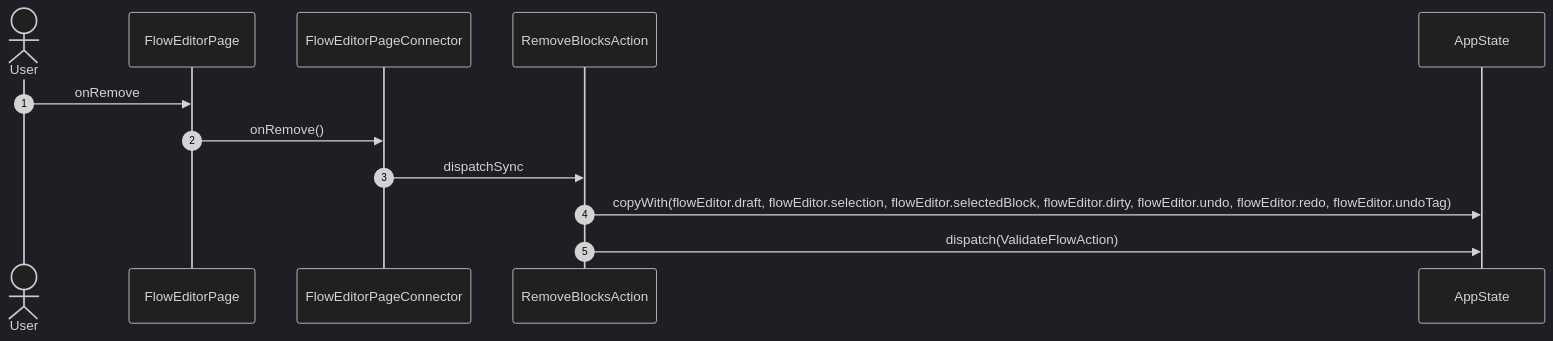
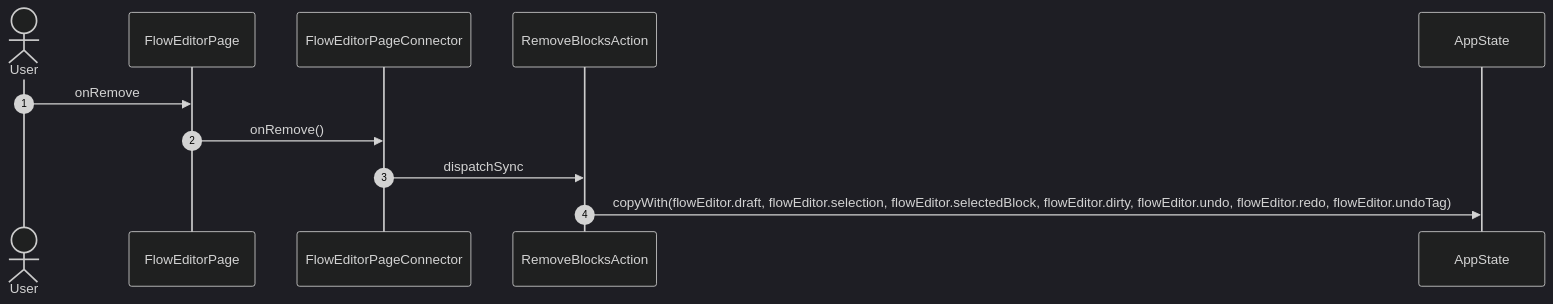
Diagram 39 of 41 in studio/docs/flows/flowEditor.md (gencto/wyrm), drawn with Mermaid (dark theme) before and after one commit. The commit also changed other lines of this file and 52 other files, not shown here.

````diff
--- a/studio/docs/flows/flowEditor.md
+++ b/studio/docs/flows/flowEditor.md
@@ -662,15 +660,14 @@
 ```mermaid
 sequenceDiagram
     autonumber
     actor User
     participant UI as FlowEditorPage
     participant VM as FlowEditorPageConnector
     participant A1 as RemoveBlocksAction
     participant ST as AppState
 
     User->>UI: onRemove
     UI->>VM: onRemove()
     VM->>A1: dispatchSync
     A1->>ST: copyWith(flowEditor.draft, flowEditor.selection, flowEditor.selectedBlock, flowEditor.dirty, flowEditor.undo, flowEditor.redo, flowEditor.undoTag)
-    A1->>ST: dispatch(ValidateFlowAction)
 ```
````
